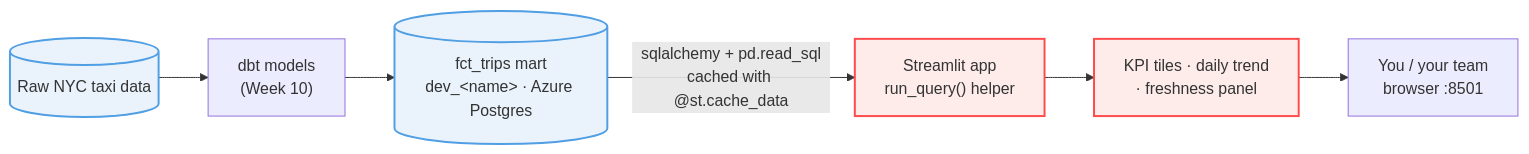
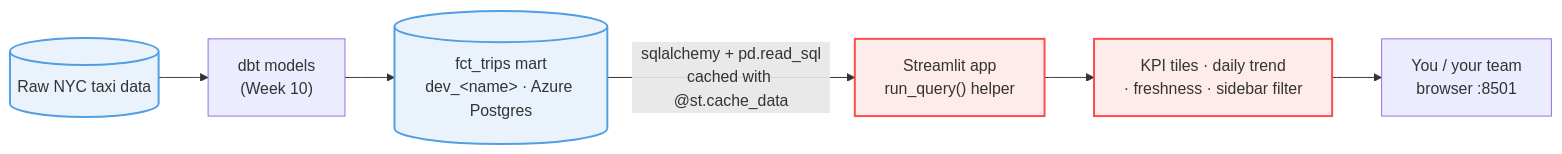
Before and after one commit to lassebenni/nyc-taxi-streamlit-reference: the diagram in README.md, drawn with Mermaid. The commit also changed other lines of this file and 2 other files, not shown here.

First line of the commit message:
feat: payment-type sidebar-filter solution

````diff
--- a/README.md
+++ b/README.md
@@ -12,13 +12,13 @@
 ```mermaid
 flowchart LR
     raw[("Raw NYC taxi data")] --> dbt["dbt models<br/>(Week 10)"]
     dbt --> mart[("fct_trips mart<br/>dev_&lt;name&gt; · Azure Postgres")]
     mart -->|"sqlalchemy + pd.read_sql<br/>cached with @st.cache_data"| app["Streamlit app<br/>run_query() helper"]
-    app --> panels["KPI tiles · daily trend<br/>· freshness panel"]
+    app --> panels["KPI tiles · daily trend<br/>· freshness · sidebar filter"]
     panels --> user["You / your team<br/>browser :8501"]
 
     classDef store fill:#eaf3fc,stroke:#509ee3,stroke-width:2px,color:#333;
     classDef code fill:#fdecea,stroke:#ff4b4b,stroke-width:2px,color:#333;
     class raw,mart store;
     class app,panels code;
 ```
````
